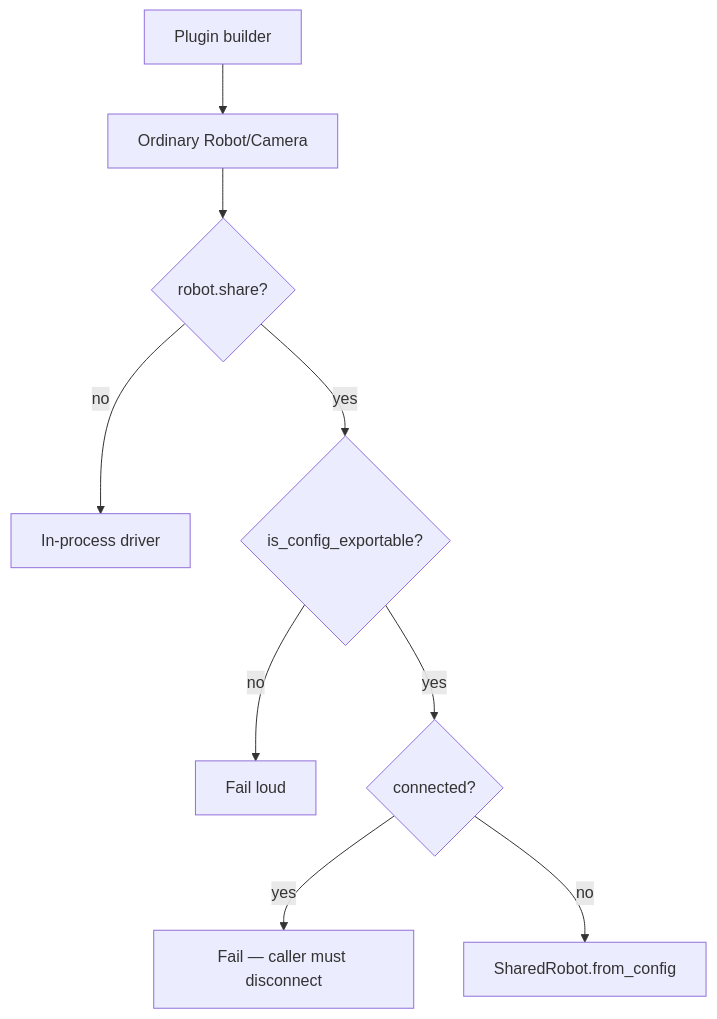
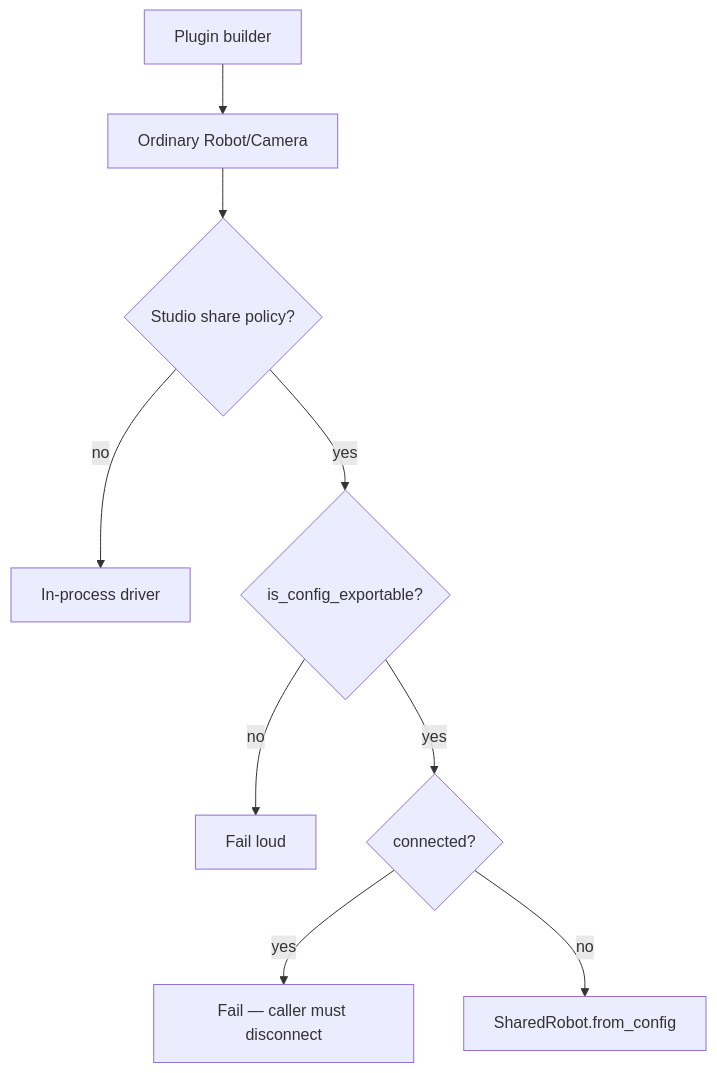
Before and after one commit to openvinotoolkit/physicalai: the eighth of 9 diagrams in docs/development/component-config-report.md, drawn with Mermaid. The commit also changed other lines of this file and 3 other files, not shown here.

````diff
--- a/docs/development/component-config-report.md
+++ b/docs/development/component-config-report.md
@@ -256,11 +257,11 @@
 ```mermaid
 flowchart TD
   Builder[Plugin builder] --> Driver[Ordinary Robot/Camera]
-  Driver --> Share{robot.share?}
+  Driver --> Share{Studio share policy?}
   Share -->|no| Direct[In-process driver]
   Share -->|yes| Exp{is_config_exportable?}
   Exp -->|no| Fail[Fail loud]
   Exp -->|yes| Conn{connected?}
   Conn -->|yes| Fail2[Fail — caller must disconnect]
   Conn -->|no| SR[SharedRobot.from_config]
 ```
````
